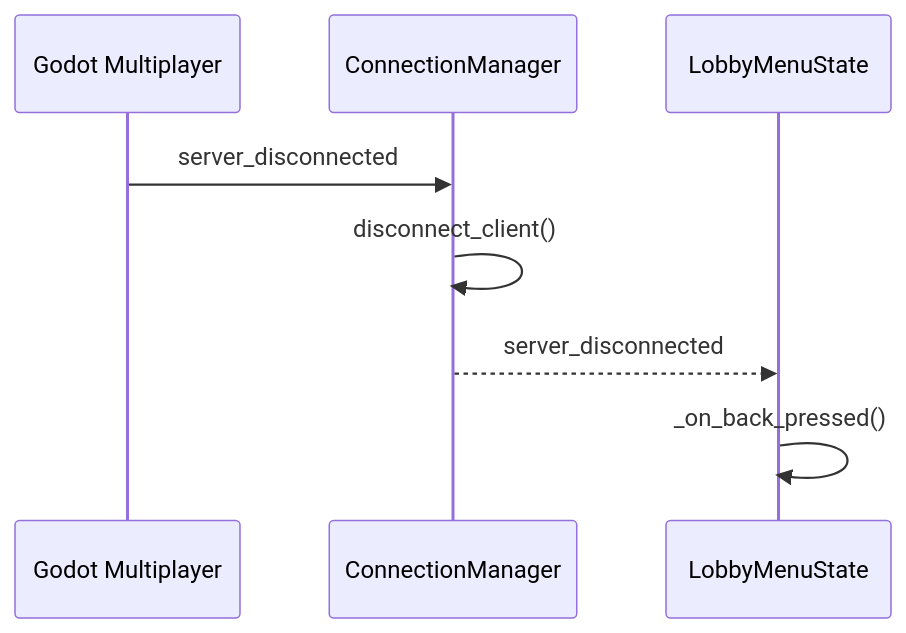
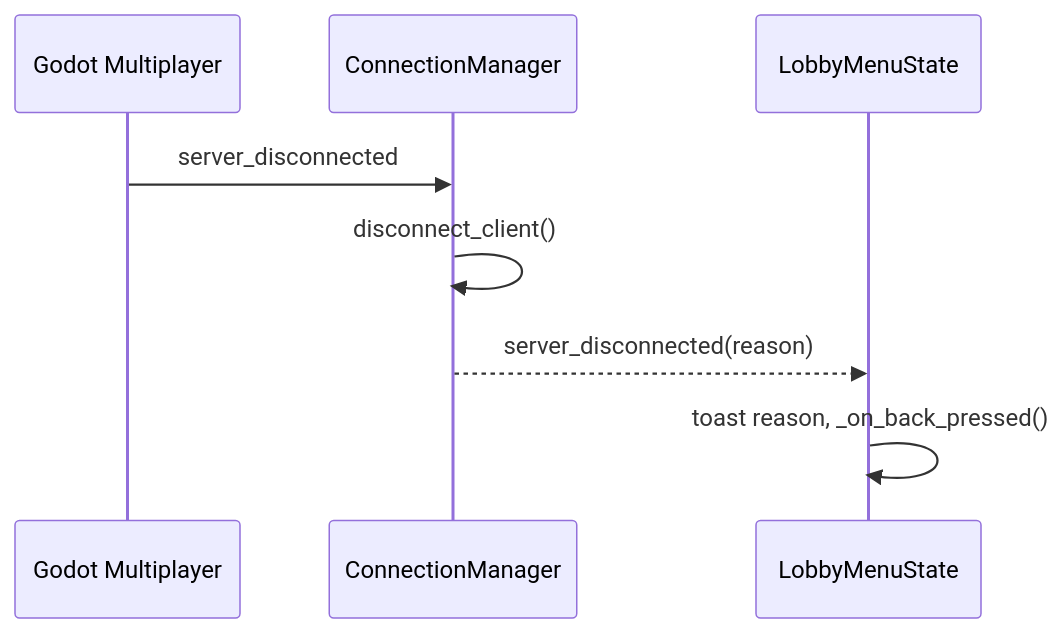
Before and after one commit to ssebs/DankNooner: diagram 12 of 13 in v2/planning_docs/LobbyGameFlowMP.md, drawn with Mermaid. The commit also changed other lines of this file and 5 other files, not shown here.

````diff
--- a/v2/planning_docs/LobbyGameFlowMP.md
+++ b/v2/planning_docs/LobbyGameFlowMP.md
@@ -427,11 +432,11 @@
 ```mermaid
 sequenceDiagram
     participant Godot as Godot Multiplayer
     participant CM as ConnectionManager
     participant Lobby as LobbyMenuState
 
     Godot->>CM: server_disconnected
     CM->>CM: disconnect_client()
-    CM-->>Lobby: server_disconnected
-    Lobby->>Lobby: _on_back_pressed()
+    CM-->>Lobby: server_disconnected(reason)
+    Lobby->>Lobby: toast reason, _on_back_pressed()
 ```
````
